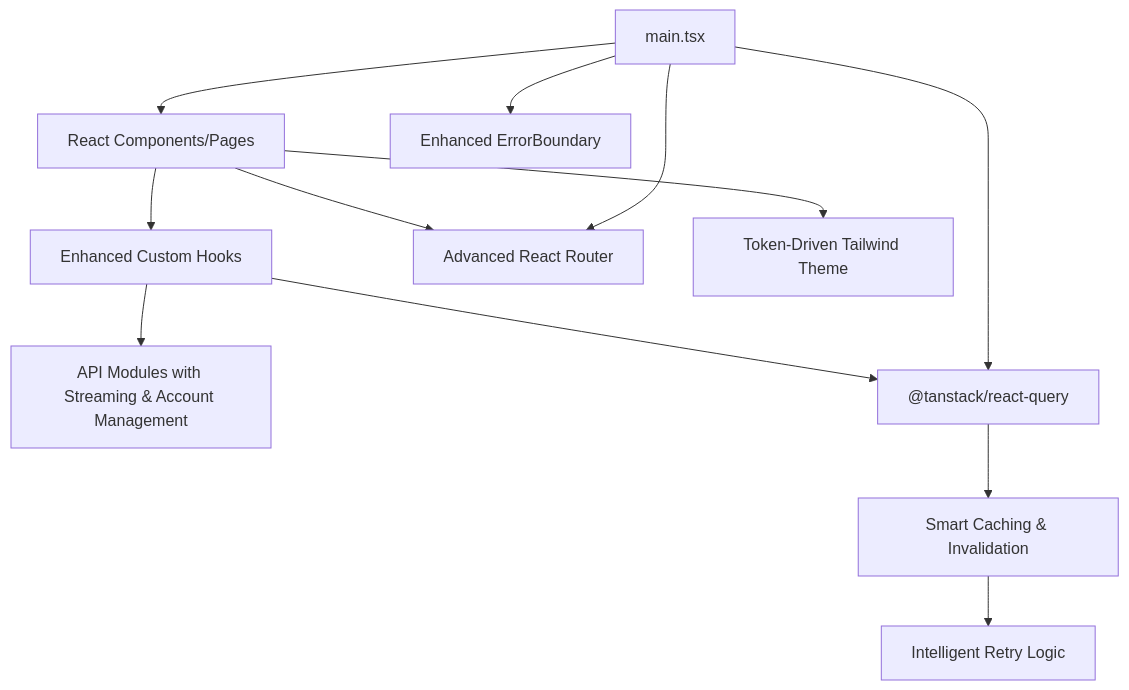
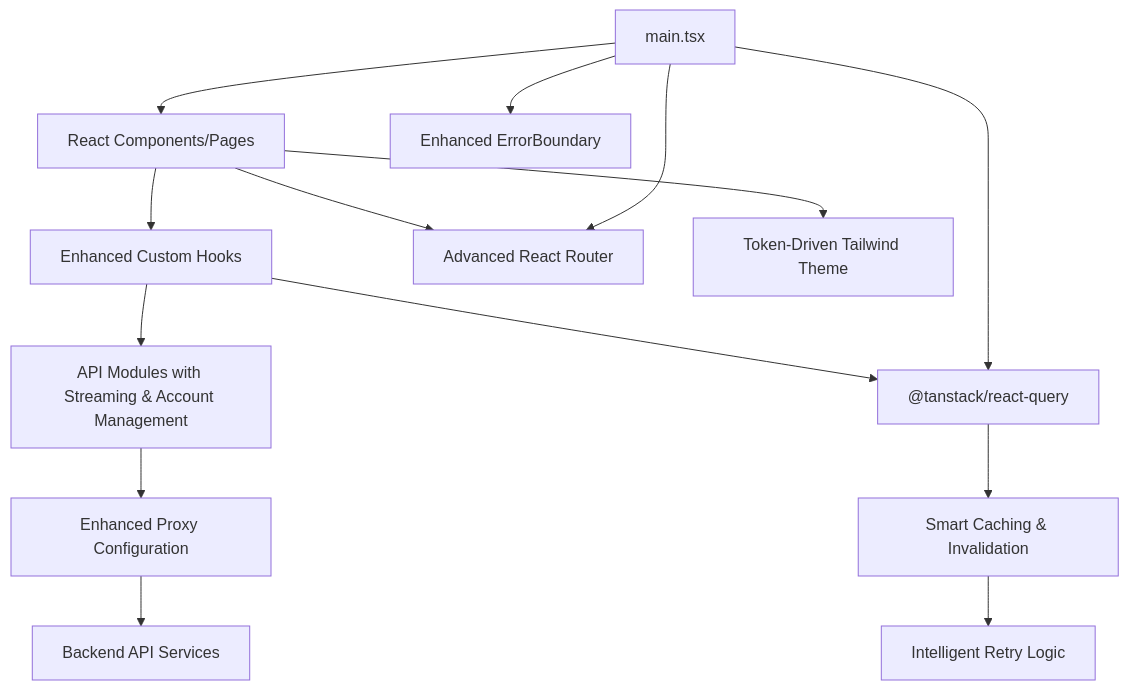
The second of 7 diagrams in .qoder/repowiki/en/content/Frontend Application/Frontend Application.md (genes8/private-ai), drawn with Mermaid before and after one commit. The commit also changed other lines of this file and 19 other files, not shown here.

````diff
--- a/.qoder/repowiki/en/content/Frontend Application/Frontend Application.md
+++ b/.qoder/repowiki/en/content/Frontend Application/Frontend Application.md
@@ -190,14 +206,16 @@
 ```mermaid
 graph TB
 UI["React Components/Pages"] --> HOOKS["Enhanced Custom Hooks"]
 HOOKS --> API["API Modules with Streaming & Account Management"]
 HOOKS --> QUERY["@tanstack/react-query"]
 UI --> ROUTER["Advanced React Router"]
 UI --> THEME["Token-Driven Tailwind Theme"]
 MAIN["main.tsx"] --> UI
 MAIN --> ROUTER
 MAIN --> QUERY
 MAIN --> ERR["Enhanced ErrorBoundary"]
 QUERY --> CACHE["Smart Caching & Invalidation"]
 CACHE --> RETRY["Intelligent Retry Logic"]
+API --> PROXY["Enhanced Proxy Configuration"]
+PROXY --> BACKEND["Backend API Services"]
 ```
````
